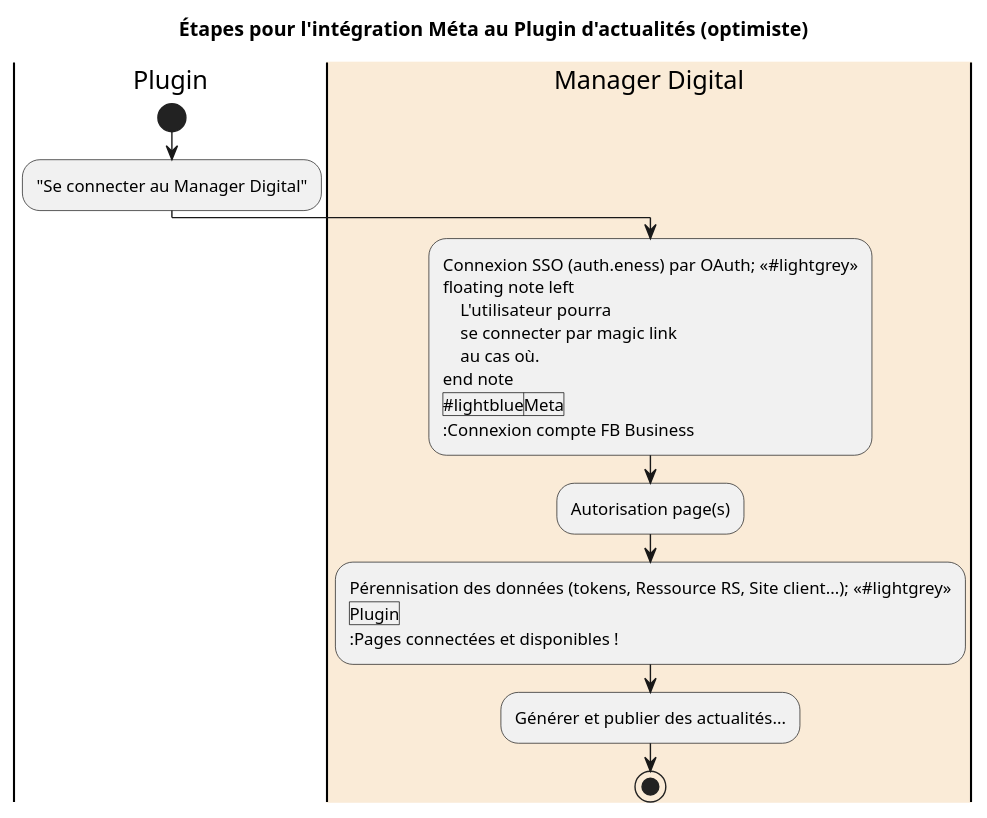
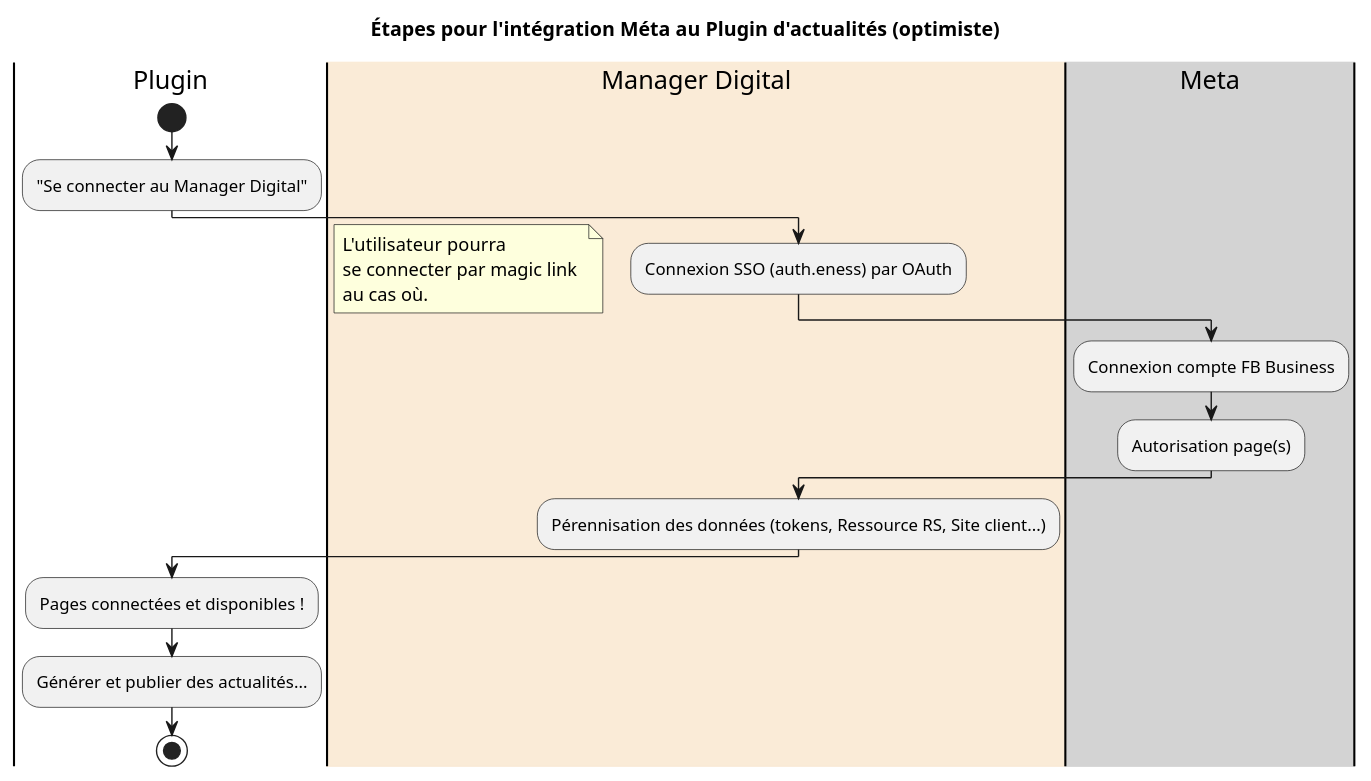
One commit to societe-e-ness/manager-digital changed the diagram in docs/uml/integrations-rs.plantuml. Above: the diagram before and after it, drawn with PlantUML. The commit also changed 2 other files, not shown here.

Commit message:
doc: plantuml schema

```diff
--- a/docs/uml/integrations-rs.plantuml
+++ b/docs/uml/integrations-rs.plantuml
@@ -1,24 +1,24 @@
 @startuml 
 title Étapes pour l'intégration Méta au Plugin d'actualités (optimiste)
 
 |Plugin|
 start
 :"Se connecter au Manager Digital";
 |#AntiqueWhite|Manager Digital|
-:Connexion SSO (auth.eness) par OAuth; <<#lightgrey>>
+:Connexion SSO (auth.eness) par OAuth;
 floating note left
     L'utilisateur pourra
     se connecter par magic link 
     au cas où.
 end note
-|#lightblue|Meta|
+|#lightgrey|Meta|
 :Connexion compte FB Business;
 :Autorisation page(s);
 |Manager Digital|
-:Pérennisation des données (tokens, Ressource RS, Site client...); <<#lightgrey>>
+:Pérennisation des données (tokens, Ressource RS, Site client...);
 |Plugin|
 :Pages connectées et disponibles !;
 :Générer et publier des actualités...;
 stop
 
 @enduml
```
